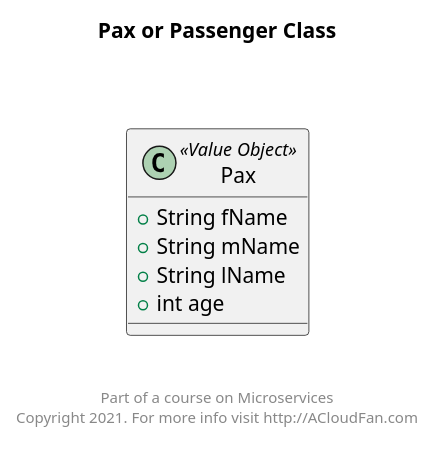
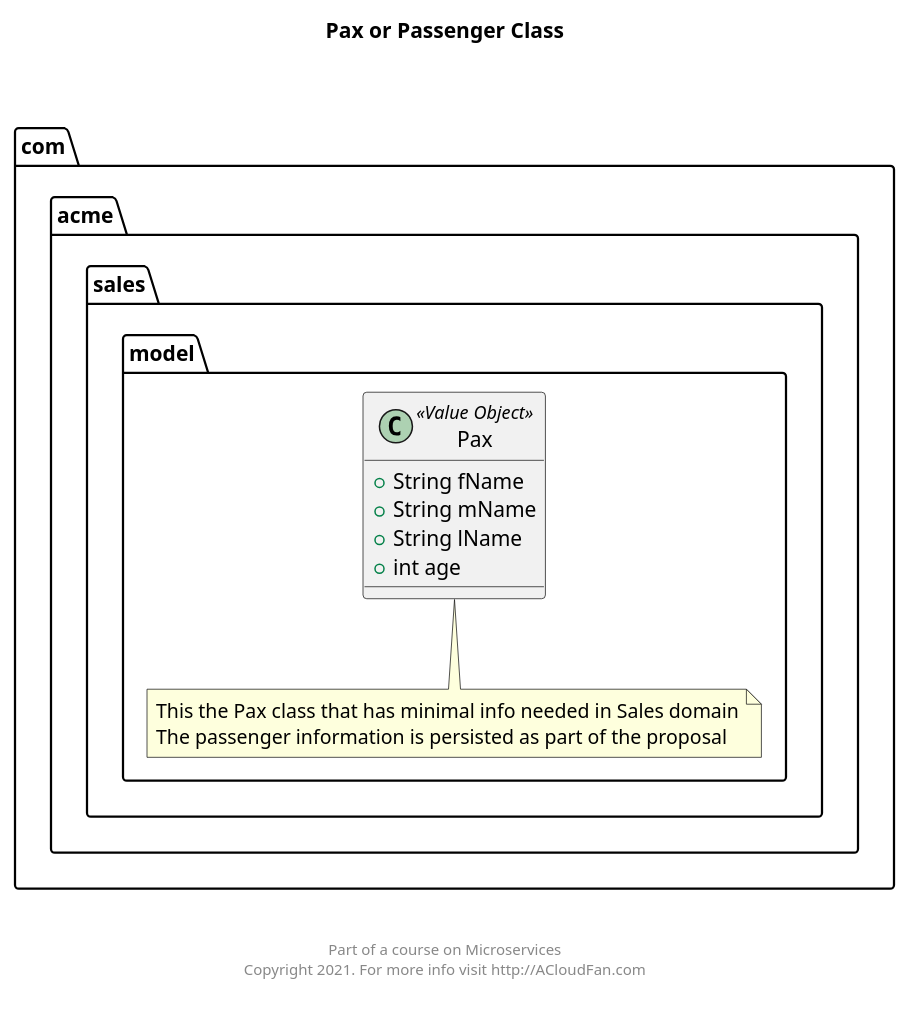
Before and after one commit to acloudfan/MSFA-ACME-Sales-vdraft: the diagram in uml/pax.class.puml, drawn with PlantUML. The commit also changed 22 other files, not shown here.

```diff
--- a/uml/pax.class.puml
+++ b/uml/pax.class.puml
@@ -1,13 +1,18 @@
 @startuml
 
-
-class Pax <<Value Object>> {
-    + String fName
-    + String mName
-    + String lName
-    + int age
+package com.acme.sales.model {
+    class Pax <<Value Object>> {
+        + String fName
+        + String mName
+        + String lName
+        + int age
+    }
+    note  bottom of Pax
+        This the Pax class that has minimal info needed in Sales domain
+        The passenger information is persisted as part of the proposal
+    end note
 }
 
 title  Pax or Passenger Class\n\n
 footer \n\n Part of a course on Microservices \n Copyright 2021. For more info visit http://ACloudFan.com \n
 @enduml
```
